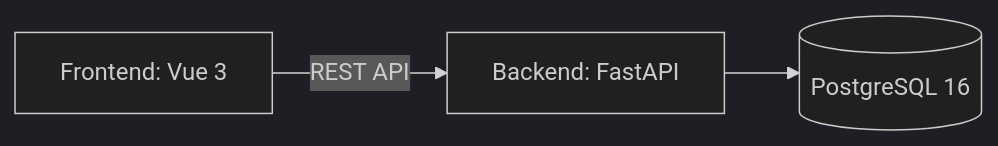
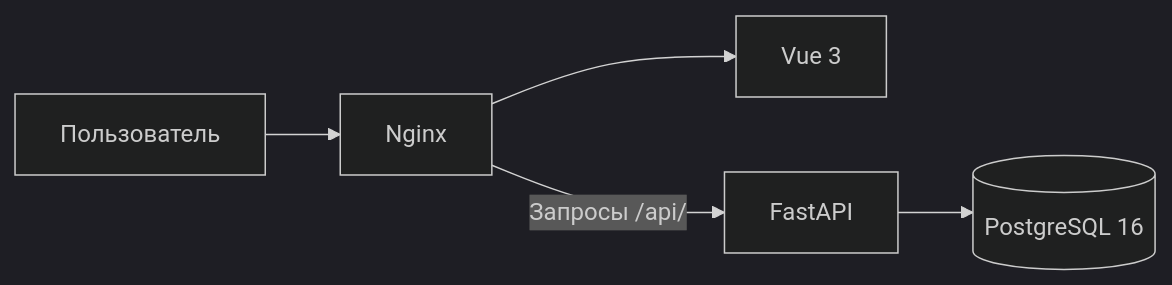
One commit to RinchinH/sport-catalog changed the first of 3 diagrams in docs/Паспорт_архитектуры.md. Above: the diagram before and after it, drawn with Mermaid (dark theme). The commit also changed other lines of this file, not shown here.

Commit message:
Update architecture passport

````diff
--- a/docs/Паспорт_архитектуры.md
+++ b/docs/Паспорт_архитектуры.md
@@ -7,5 +9,7 @@
 ```mermaid
 flowchart LR
-    FE["Frontend: Vue 3"] -->|"REST API"| BE["Backend: FastAPI"]
+    U["Пользователь"] --> N["Nginx"]
+    N --> FE["Vue 3"]
+    N -->|"Запросы /api/"| BE["FastAPI"]
     BE --> DB[("PostgreSQL 16")]
 ```
````
